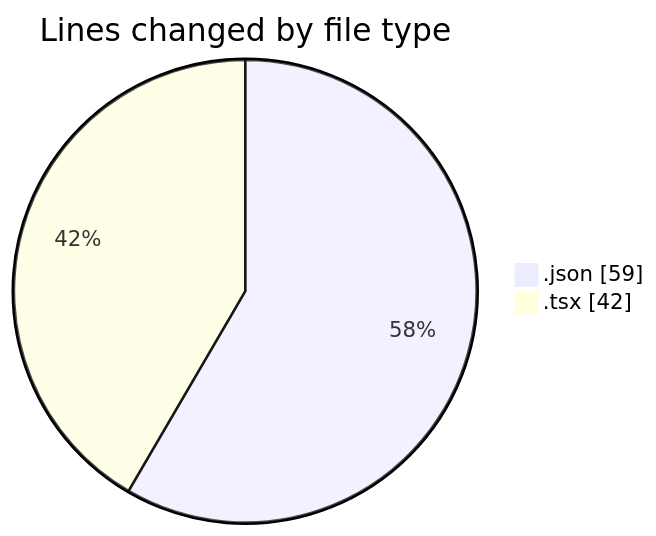
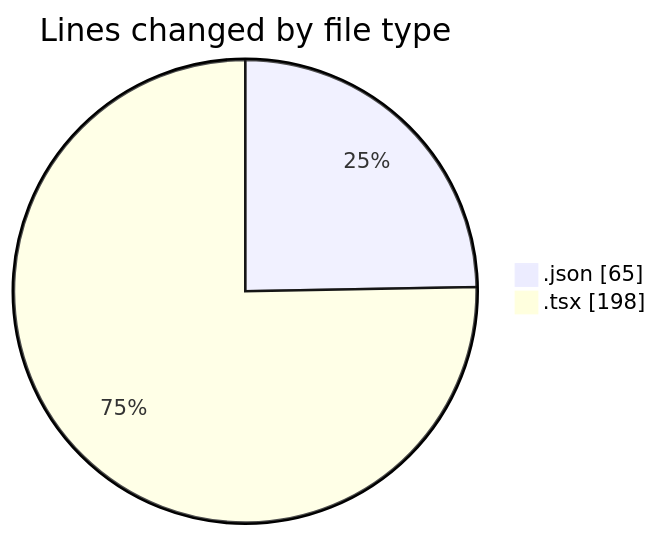
The first of 2 diagrams in 2026-04-21/skills/README.md (momahboobian/code-tracking), drawn with Mermaid before and after one commit. The commit also changed other lines of this file and 1 other file, not shown here.

````diff
--- a/2026-04-21/skills/README.md
+++ b/2026-04-21/skills/README.md
@@ -21,6 +21,6 @@
 ```mermaid
 pie showData
 title Lines changed by file type
-".json" : 59
-".tsx" : 42
+".json" : 65
+".tsx" : 198
 ```
````
